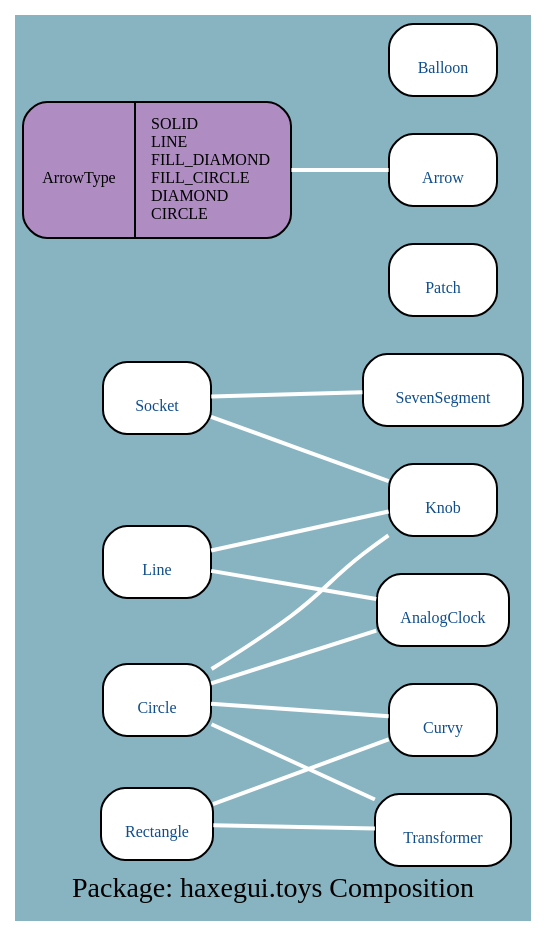
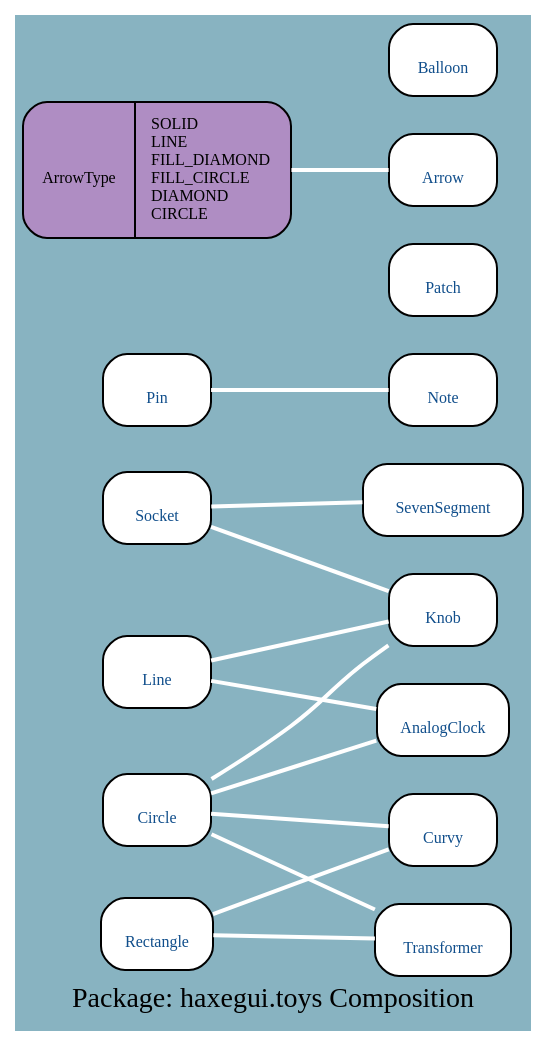
The diagram in docs/uml/haxegui.toys_C.dot (google-code-export/haxegui), drawn with Graphviz before and after one commit. The commit also changed 315 other files, not shown here.

```diff
--- a/docs/uml/haxegui.toys_C.dot
+++ b/docs/uml/haxegui.toys_C.dot
@@ -1,31 +1,34 @@
 digraph uml {
 	graph [label="Package: haxegui.toys Composition", ratio=compress, rankdir=RL, smoothing=avg_dist, overlap=false, fontname="DejaVu Sans Condenesed", fontsize=14, bgcolor="#88B3C1", fontcolor=black];
 	node [label="\N", fontname="DejaVu Sans Condenesed", fontsize=8, shape=record, color=black, fontcolor=black];
 	edge [fontname="DejaVu Sans Condenesed", fontsize=8, color=black, fontcolor=black];
 	graph [lp="129,12",
-		bb="0,0,258,439"];
+		bb="0,0,258,493"];
 	"haxegui.toys.AnalogClock" [label="{\nAnalogClock}", fontcolor="#104E8B", style="rounded,filled", fillcolor=white, URL="../types/haxegui/toys/AnalogClock.html", tooltip="\nAnalogClock", pos="215,151", rects="182,133,249,169", width="0.92", height="0.50"];
 	"haxegui.toys.Circle" [label="{\nCircle}", fontcolor="#104E8B", style="rounded,filled", fillcolor=white, URL="../types/haxegui/toys/Circle.html", tooltip="\nCircle", pos="70,107", rects="43,89,97,125", width="0.75", height="0.50"];
 	"haxegui.toys.Line" [label="{\nLine}", fontcolor="#104E8B", style="rounded,filled", fillcolor=white, URL="../types/haxegui/toys/Line.html", tooltip="\nLine", pos="70,174", rects="43,156,97,192", width="0.75", height="0.50"];
-	"haxegui.toys.Patch" [label="{\nPatch}", fontcolor="#104E8B", style="rounded,filled", fillcolor=white, URL="../types/haxegui/toys/Patch.html", tooltip="\nPatch", pos="215,313", rects="188,295,242,331", width="0.75", height="0.50"];
+	"haxegui.toys.Pin" [label="{\nPin}", fontcolor="#104E8B", style="rounded,filled", fillcolor=white, URL="../types/haxegui/toys/Pin.html", tooltip="\nPin", pos="70,313", rects="43,295,97,331", width="0.75", height="0.50"];
+	"haxegui.toys.Patch" [label="{\nPatch}", fontcolor="#104E8B", style="rounded,filled", fillcolor=white, URL="../types/haxegui/toys/Patch.html", tooltip="\nPatch", pos="215,367", rects="188,349,242,385", width="0.75", height="0.50"];
 	"haxegui.toys.Knob" [label="{\nKnob}", fontcolor="#104E8B", style="rounded,filled", fillcolor=white, URL="../types/haxegui/toys/Knob.html", tooltip="\nKnob", pos="215,205", rects="188,187,242,223", width="0.75", height="0.50"];
 	"haxegui.toys.Socket" [label="{\nSocket}", fontcolor="#104E8B", style="rounded,filled", fillcolor=white, URL="../types/haxegui/toys/Socket.html", tooltip="\nSocket", pos="70,255", rects="43,237,97,273", width="0.75", height="0.50"];
 	"haxegui.toys.Transformer" [label="{\nTransformer}", fontcolor="#104E8B", style="rounded,filled", fillcolor=white, URL="../types/haxegui/toys/Transformer.html", tooltip="\nTransformer", pos="215,43", rects="181,25,250,61", width="0.94", height="0.50"];
 	"haxegui.toys.Rectangle" [label="{\nRectangle}", fontcolor="#104E8B", style="rounded,filled", fillcolor=white, URL="../types/haxegui/toys/Rectangle.html", tooltip="\nRectangle", pos="70,46", rects="42,28,99,64", width="0.78", height="0.50"];
 	"haxegui.toys.SevenSegment" [label="{\nSevenSegment}", fontcolor="#104E8B", style="rounded,filled", fillcolor=white, URL="../types/haxegui/toys/SevenSegment.html", tooltip="\nSevenSegment", pos="215,259", rects="175,241,256,277", width="1.11", height="0.50"];
-	"haxegui.toys.ArrowType" [label="{\nArrowType|SOLID\lLINE\lFILL_DIAMOND\lFILL_CIRCLE\lDIAMOND\lCIRCLE\l}", style="rounded,filled", fillcolor="#af8dc3", pos="70,367", rects="3,333,63,401 63,333,138,401", width="1.86", height="0.94"];
-	"haxegui.toys.Arrow" [label="{\nArrow}", fontcolor="#104E8B", style="rounded,filled", fillcolor=white, URL="../types/haxegui/toys/Arrow.html", tooltip="\nArrow", pos="215,367", rects="188,349,242,385", width="0.75", height="0.50"];
+	"haxegui.toys.Note" [label="{\nNote}", fontcolor="#104E8B", style="rounded,filled", fillcolor=white, URL="../types/haxegui/toys/Note.html", tooltip="\nNote", pos="215,313", rects="188,295,242,331", width="0.75", height="0.50"];
+	"haxegui.toys.ArrowType" [label="{\nArrowType|SOLID\lLINE\lFILL_DIAMOND\lFILL_CIRCLE\lDIAMOND\lCIRCLE\l}", style="rounded,filled", fillcolor="#af8dc3", pos="70,421", rects="3,387,63,455 63,387,138,455", width="1.86", height="0.94"];
+	"haxegui.toys.Arrow" [label="{\nArrow}", fontcolor="#104E8B", style="rounded,filled", fillcolor=white, URL="../types/haxegui/toys/Arrow.html", tooltip="\nArrow", pos="215,421", rects="188,403,242,439", width="0.75", height="0.50"];
 	"haxegui.toys.Curvy" [label="{\nCurvy}", fontcolor="#104E8B", style="rounded,filled", fillcolor=white, URL="../types/haxegui/toys/Curvy.html", tooltip="\nCurvy", pos="215,97", rects="188,79,242,115", width="0.75", height="0.50"];
-	"haxegui.toys.Balloon" [label="{\nBalloon}", fontcolor="#104E8B", style="rounded,filled", fillcolor=white, URL="../types/haxegui/toys/Balloon.html", tooltip="\nBalloon", pos="215,421", rects="188,403,242,439", width="0.75", height="0.50"];
+	"haxegui.toys.Balloon" [label="{\nBalloon}", fontcolor="#104E8B", style="rounded,filled", fillcolor=white, URL="../types/haxegui/toys/Balloon.html", tooltip="\nBalloon", pos="215,475", rects="188,457,242,493", width="0.75", height="0.50"];
 	"haxegui.toys.AnalogClock" -> "haxegui.toys.Circle" [color=white, style=bold, arrowhead=none, arrowtail=diamond, arrowsize=1, pos="s,182,141 170,137 146,130 118,122 97,115"];
 	"haxegui.toys.AnalogClock" -> "haxegui.toys.Line" [color=white, style=bold, arrowhead=none, arrowtail=diamond, arrowsize=1, pos="s,182,156 170,158 146,162 117,167 97,170"];
 	"haxegui.toys.Knob" -> "haxegui.toys.Circle" [color=white, style=bold, arrowhead=none, arrowtail=diamond, arrowsize=1, pos="s,188,188 178,181 177,180 175,179 174,178 157,165 155,159 138,147 125,138 110,129 97,122"];
 	"haxegui.toys.Knob" -> "haxegui.toys.Line" [color=white, style=bold, arrowhead=none, arrowtail=diamond, arrowsize=1, pos="s,188,199 176,196 151,191 119,184 97,180"];
 	"haxegui.toys.Knob" -> "haxegui.toys.Socket" [color=white, style=bold, arrowhead=none, arrowtail=diamond, arrowsize=1, pos="s,188,214 176,218 151,227 119,238 97,246"];
 	"haxegui.toys.Transformer" -> "haxegui.toys.Circle" [color=white, style=bold, arrowhead=none, arrowtail=diamond, arrowsize=1, pos="s,181,58 170,63 146,73 118,86 97,95"];
 	"haxegui.toys.Transformer" -> "haxegui.toys.Rectangle" [color=white, style=bold, arrowhead=none, arrowtail=diamond, arrowsize=1, pos="s,181,44 169,44 146,45 119,45 99,46"];
 	"haxegui.toys.SevenSegment" -> "haxegui.toys.Socket" [color=white, style=bold, arrowhead=none, arrowtail=diamond, arrowsize=1, pos="s,175,258 163,258 141,257 116,257 97,256"];
-	"haxegui.toys.Arrow" -> "haxegui.toys.ArrowType" [color=white, style=bold, arrowhead=none, arrowtail=diamond, arrowsize=1, pos="s,188,367 176,367 164,367 151,367 138,367"];
+	"haxegui.toys.Note" -> "haxegui.toys.Pin" [color=white, style=bold, arrowhead=none, arrowtail=diamond, arrowsize=1, pos="s,188,313 176,313 151,313 119,313 97,313"];
+	"haxegui.toys.Arrow" -> "haxegui.toys.ArrowType" [color=white, style=bold, arrowhead=none, arrowtail=diamond, arrowsize=1, pos="s,188,421 176,421 164,421 151,421 138,421"];
 	"haxegui.toys.Curvy" -> "haxegui.toys.Circle" [color=white, style=bold, arrowhead=none, arrowtail=diamond, arrowsize=1, pos="s,188,99 176,100 151,102 119,103 97,105"];
 	"haxegui.toys.Curvy" -> "haxegui.toys.Rectangle" [color=white, style=bold, arrowhead=none, arrowtail=diamond, arrowsize=1, pos="s,188,87 176,83 152,75 121,64 99,56"];
 }
```
